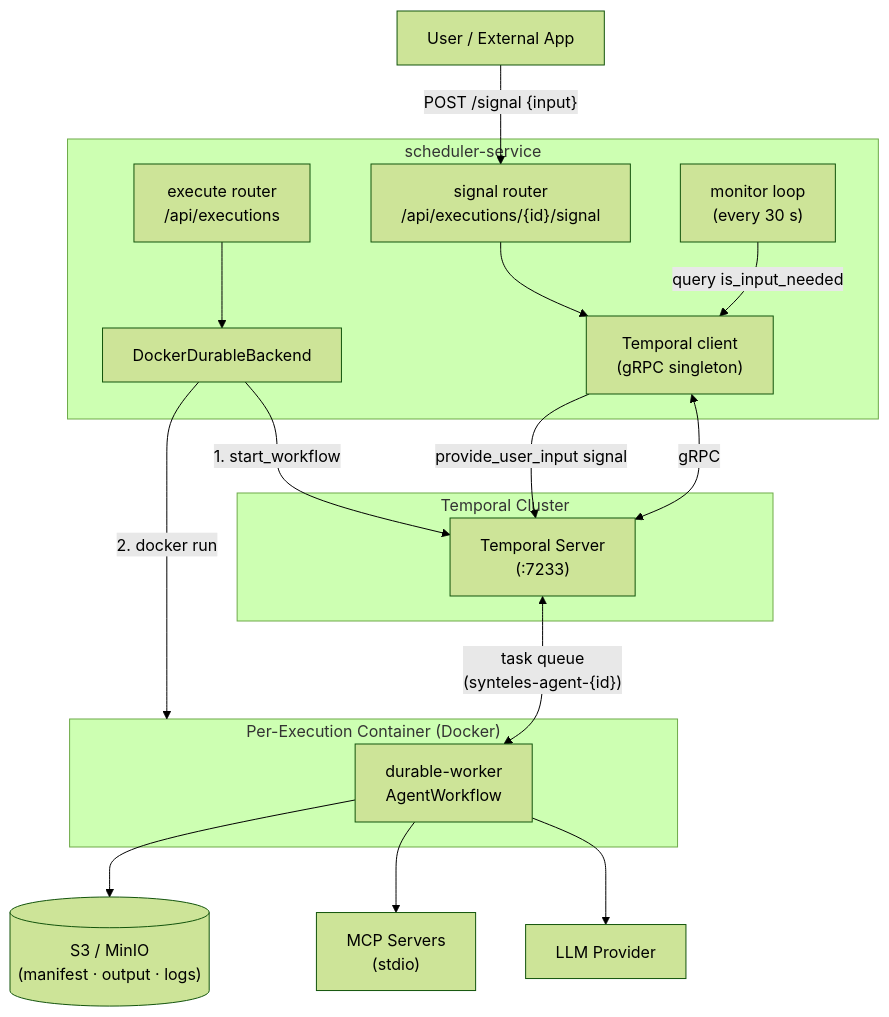
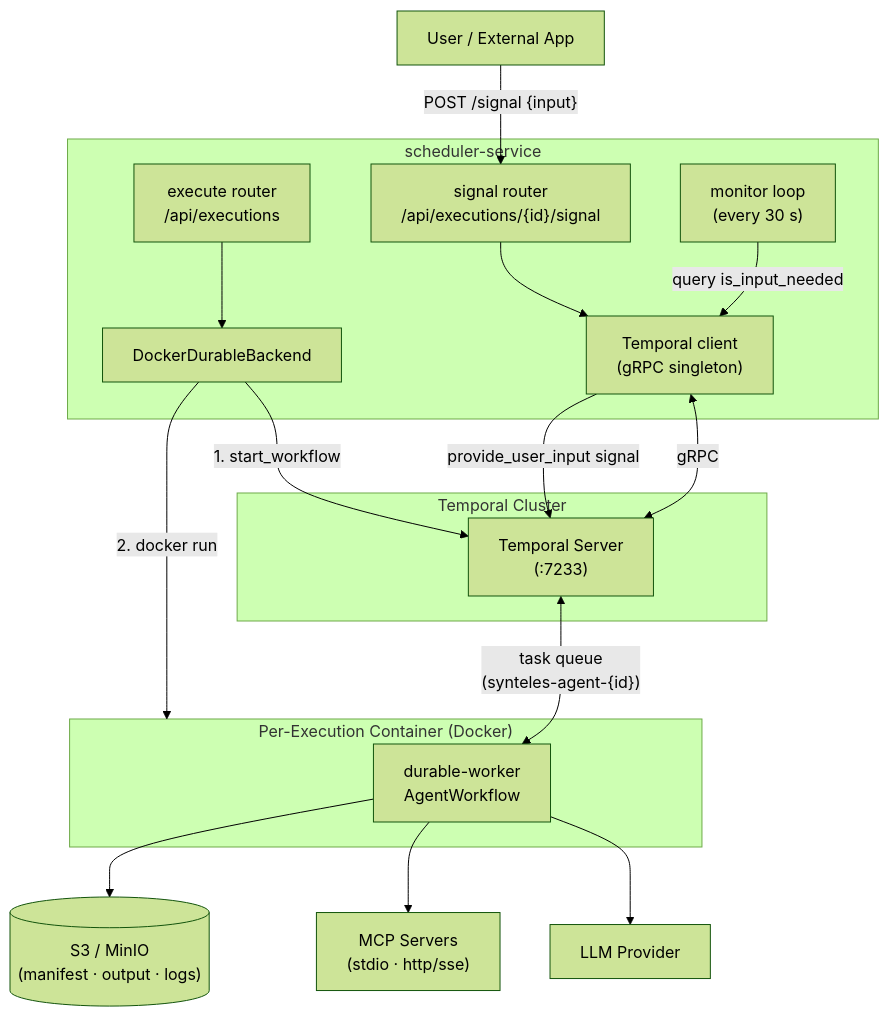
Before and after one commit to Synteles/synteles: the first of 4 diagrams in docs/durable-execution.md, drawn with Mermaid (forest theme). The commit also changed other lines of this file and 1 other file, not shown here.

````diff
--- a/docs/durable-execution.md
+++ b/docs/durable-execution.md
@@ -31,37 +102,37 @@
-```mermaid
+```mermaid 
 graph TB
     User["User / External App"]
 
     subgraph Scheduler["scheduler-service"]
         ExecRouter["execute router\n/api/executions"]
         SigRouter["signal router\n/api/executions/{id}/signal"]
         Monitor["monitor loop\n(every 30 s)"]
         DurableBackend["DockerDurableBackend"]
         TClient["Temporal client\n(gRPC singleton)"]
     end
 
     subgraph TemporalCluster["Temporal Cluster"]
         TServer["Temporal Server\n(:7233)"]
     end
 
     subgraph Container["Per-Execution Container (Docker)"]
         Worker["durable-worker\nAgentWorkflow"]
     end
 
     S3[("S3 / MinIO\n(manifest · output · logs)")]
     LLM["LLM Provider"]
-    MCP["MCP Servers\n(stdio)"]
+    MCP["MCP Servers\n(stdio · http/sse)"]
 
     User -->|"POST /signal {input}"| SigRouter
     ExecRouter --> DurableBackend
     DurableBackend -->|"1. start_workflow"| TServer
     DurableBackend -->|"2. docker run"| Container
     Monitor -->|"query is_input_needed"| TClient
     TClient <-->|"gRPC"| TServer
     SigRouter --> TClient
     TClient -->|"provide_user_input signal"| TServer
     TServer <-->|"task queue\n(synteles-agent-{id})"| Worker
     Worker --> LLM
     Worker --> MCP
     Worker --> S3
 ```
````
